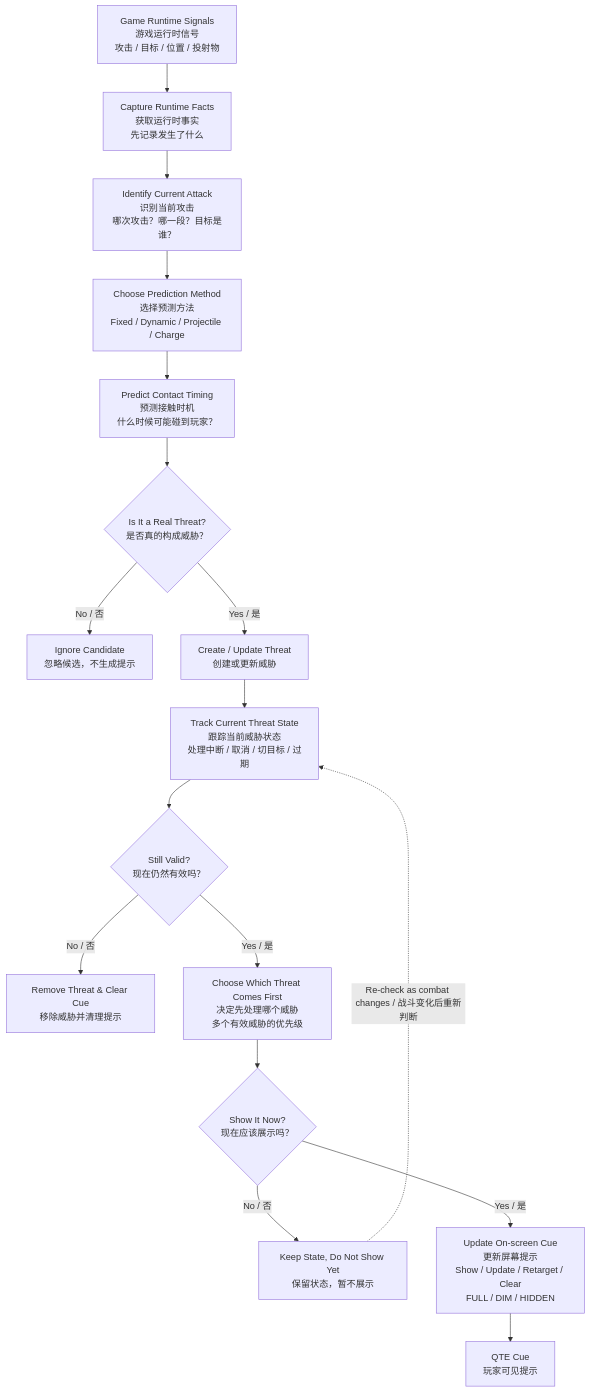
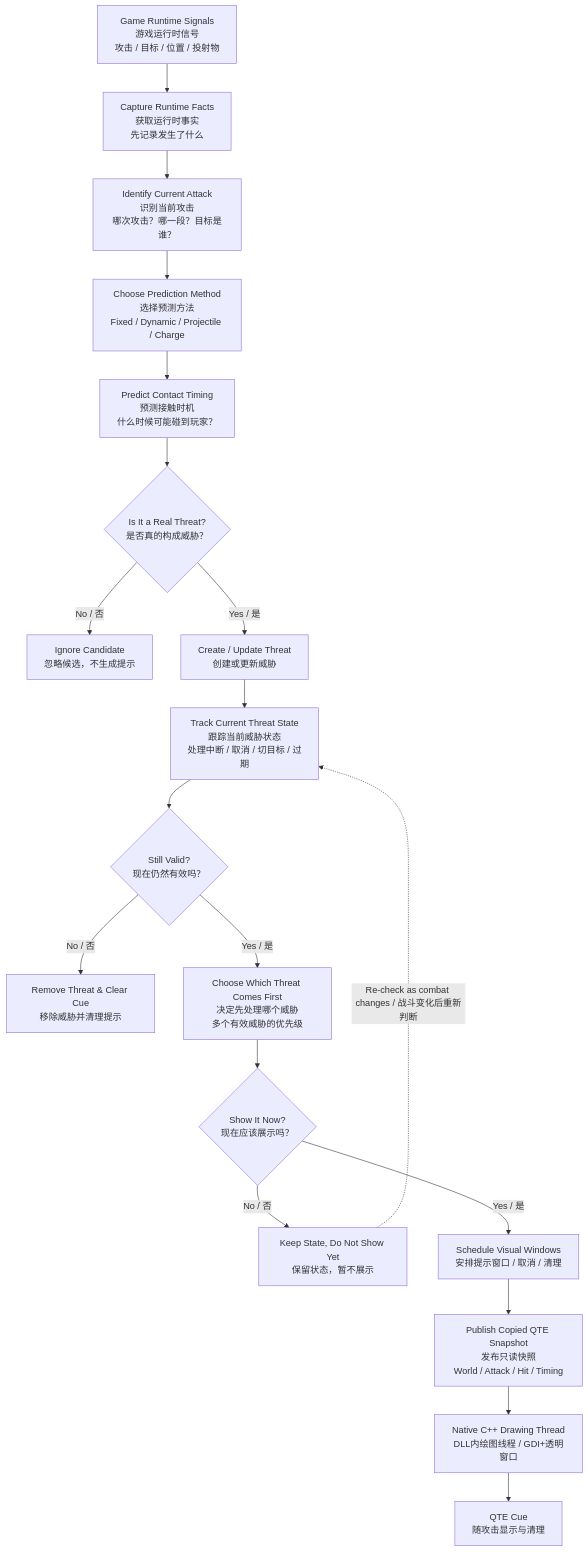
The diagram in README.md (Dio23366/PerfectBlockTrainer-Releases), drawn with Mermaid before and after one commit. The commit also changed other lines of this file and 4 other files, not shown here.

First line of the commit message:
docs: present V7.0.8 native QTE architecture and refresh demo metrics

````diff
--- a/README.md
+++ b/README.md
@@ -101,22 +102,24 @@
 ```mermaid
 flowchart TD
     A["Game Runtime Signals<br/>游戏运行时信号<br/>攻击 / 目标 / 位置 / 投射物"] --> B["Capture Runtime Facts<br/>获取运行时事实<br/>先记录发生了什么"]
     B --> C["Identify Current Attack<br/>识别当前攻击<br/>哪次攻击？哪一段？目标是谁？"]
     C --> D["Choose Prediction Method<br/>选择预测方法<br/>Fixed / Dynamic / Projectile / Charge"]
     D --> E["Predict Contact Timing<br/>预测接触时机<br/>什么时候可能碰到玩家？"]
 
     E --> F{"Is It a Real Threat?<br/>是否真的构成威胁？"}
     F -- "No / 否" --> F0["Ignore Candidate<br/>忽略候选，不生成提示"]
     F -- "Yes / 是" --> G["Create / Update Threat<br/>创建或更新威胁"]
 
     G --> H["Track Current Threat State<br/>跟踪当前威胁状态<br/>处理中断 / 取消 / 切目标 / 过期"]
     H --> I{"Still Valid?<br/>现在仍然有效吗？"}
     I -- "No / 否" --> I0["Remove Threat & Clear Cue<br/>移除威胁并清理提示"]
     I -- "Yes / 是" --> J["Choose Which Threat Comes First<br/>决定先处理哪个威胁<br/>多个有效威胁的优先级"]
 
     J --> K{"Show It Now?<br/>现在应该展示吗？"}
     K -- "No / 否" --> K0["Keep State, Do Not Show Yet<br/>保留状态，暂不展示"]
     K0 -. "Re-check as combat changes / 战斗变化后重新判断" .-> H
-    K -- "Yes / 是" --> L["Update On-screen Cue<br/>更新屏幕提示<br/>Show / Update / Retarget / Clear<br/>FULL / DIM / HIDDEN"]
-    L --> M["QTE Cue<br/>玩家可见提示"]
+    K -- "Yes / 是" --> L["Schedule Visual Windows<br/>安排提示窗口 / 取消 / 清理"]
+    L --> N["Publish Copied QTE Snapshot<br/>发布只读快照<br/>World / Attack / Hit / Timing"]
+    N --> O["Native C++ Drawing Thread<br/>DLL内绘图线程 / GDI+透明窗口"]
+    O --> M["QTE Cue<br/>随攻击显示与清理"]
 ```
````
